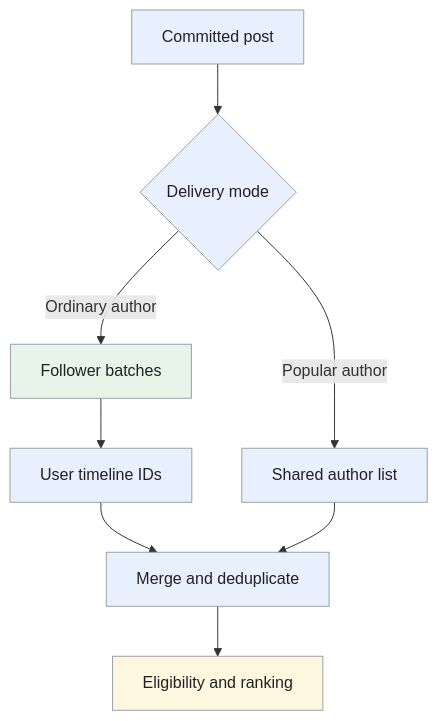
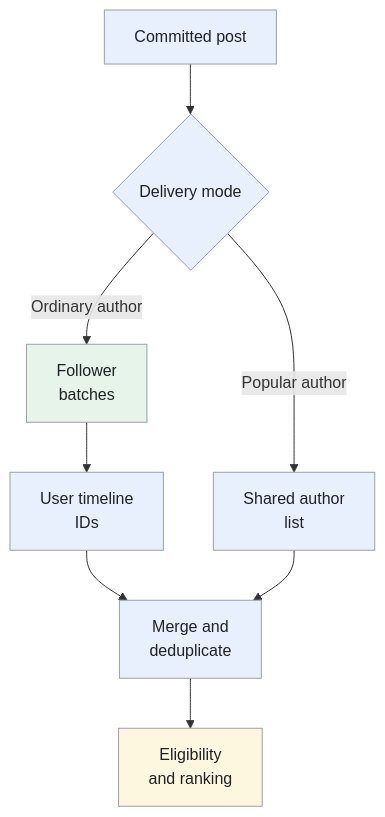
The fourth of 4 diagrams in _designs/system-design-instagram.md (iliazlobin/iliazlobin.github.io), drawn with Mermaid before and after one commit. The commit also changed other lines of this file and 116 other files, not shown here.

````diff
--- a/_designs/system-design-instagram.md
+++ b/_designs/system-design-instagram.md
@@ -246,16 +271,16 @@
 ```mermaid
 flowchart TB
   P["Committed post"] --> D{"Delivery mode"}
-  D -->|"Ordinary author"| F["Follower batches"]
-  F --> T["User timeline IDs"]
-  D -->|"Popular author"| A["Shared author list"]
-  T --> M["Merge and deduplicate"]
+  D -->|"Ordinary author"| F["Follower<br>batches"]
+  F --> T["User timeline<br>IDs"]
+  D -->|"Popular author"| A["Shared author<br>list"]
+  T --> M["Merge and<br>deduplicate"]
   A --> M
-  M --> R["Eligibility and ranking"]
+  M --> R["Eligibility<br>and ranking"]
   classDef request fill:#e8f0fe,stroke:#9aa0a6,color:#202124,stroke-width:1px
   classDef background fill:#e6f4ea,stroke:#9aa0a6,color:#202124,stroke-width:1px
   classDef control fill:#fef7e0,stroke:#9aa0a6,color:#202124,stroke-width:1px
   class P,D,T,A,M request
   class F background
   class R control
 ```
````
